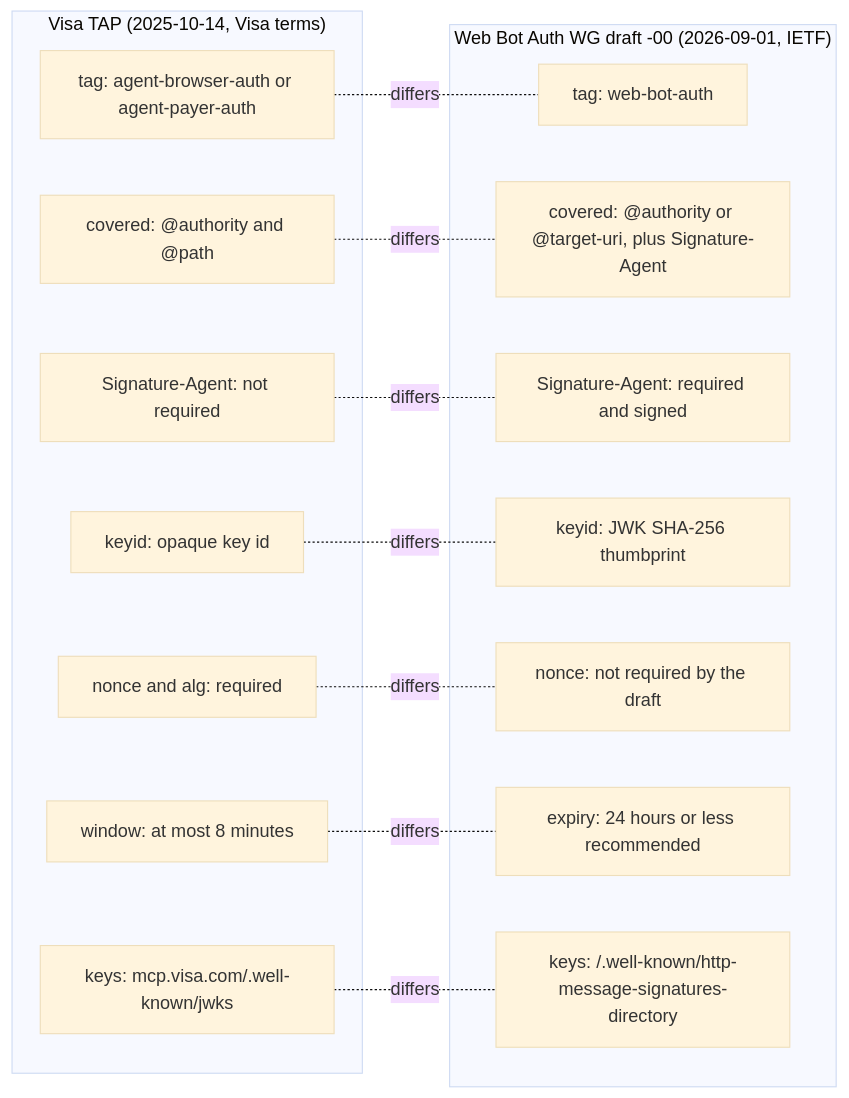
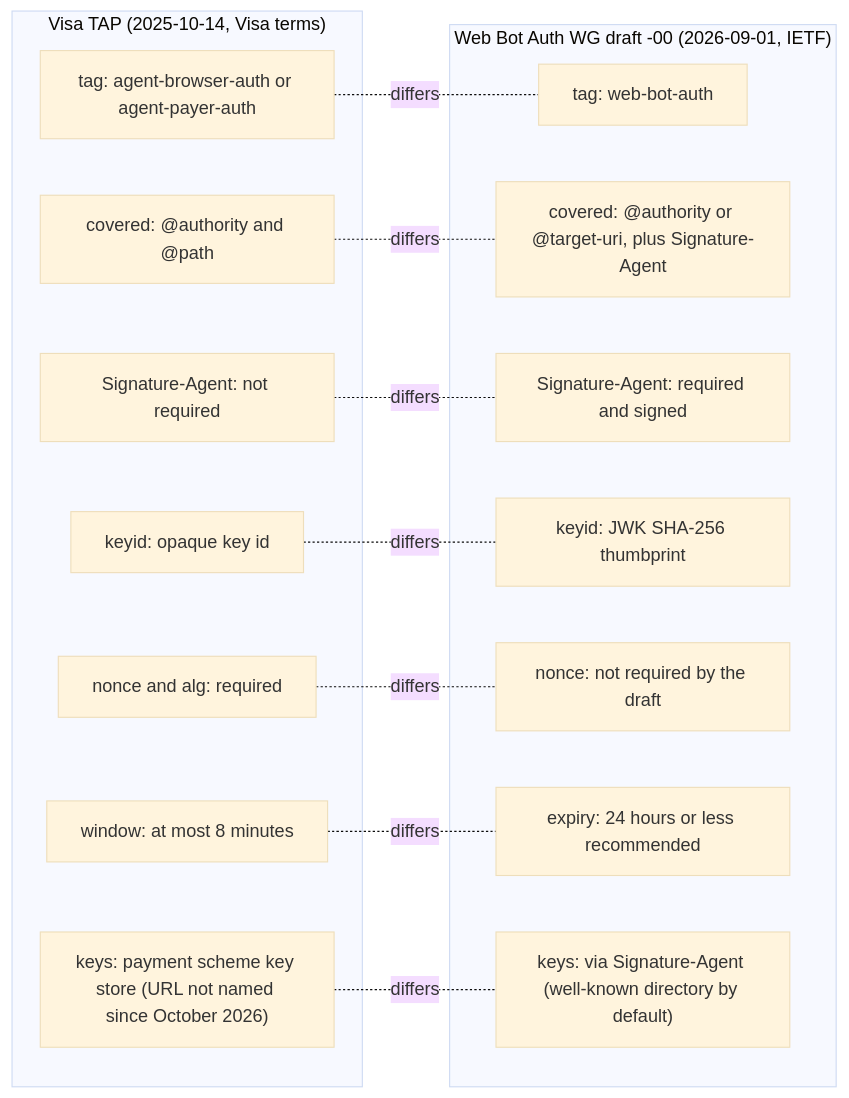
The diagram in src/content/diagrams/visa-tap-vs-web-bot-auth.mmd (mercesAI/agentic-rails-atlas), drawn with Mermaid (base theme) before and after one commit. The commit also changed 107 other files, not shown here.

```diff
--- a/src/content/diagrams/visa-tap-vs-web-bot-auth.mmd
+++ b/src/content/diagrams/visa-tap-vs-web-bot-auth.mmd
@@ -1,26 +1,26 @@
 flowchart LR
   subgraph TAP["Visa TAP (2025-10-14, Visa terms)"]
     T1["tag: agent-browser-auth or agent-payer-auth"]
     T2["covered: @authority and @path"]
     T3["Signature-Agent: not required"]
     T4["keyid: opaque key id"]
     T5["nonce and alg: required"]
     T6["window: at most 8 minutes"]
-    T7["keys: mcp.visa.com/.well-known/jwks"]
+    T7["keys: payment scheme key store (URL not named since October 2026)"]
   end
   subgraph WBA["Web Bot Auth WG draft -00 (2026-09-01, IETF)"]
     W1["tag: web-bot-auth"]
     W2["covered: @authority or @target-uri, plus Signature-Agent"]
     W3["Signature-Agent: required and signed"]
     W4["keyid: JWK SHA-256 thumbprint"]
     W5["nonce: not required by the draft"]
     W6["expiry: 24 hours or less recommended"]
-    W7["keys: /.well-known/http-message-signatures-directory"]
+    W7["keys: via Signature-Agent (well-known directory by default)"]
   end
   T1 -. differs .- W1
   T2 -. differs .- W2
   T3 -. differs .- W3
   T4 -. differs .- W4
   T5 -. differs .- W5
   T6 -. differs .- W6
   T7 -. differs .- W7
```
